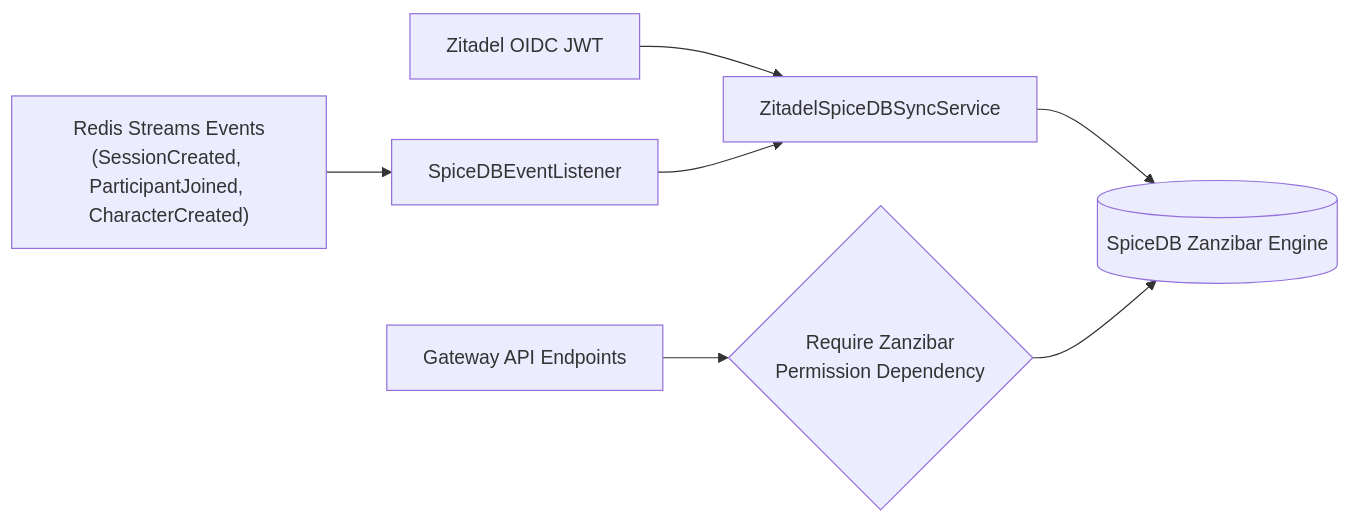
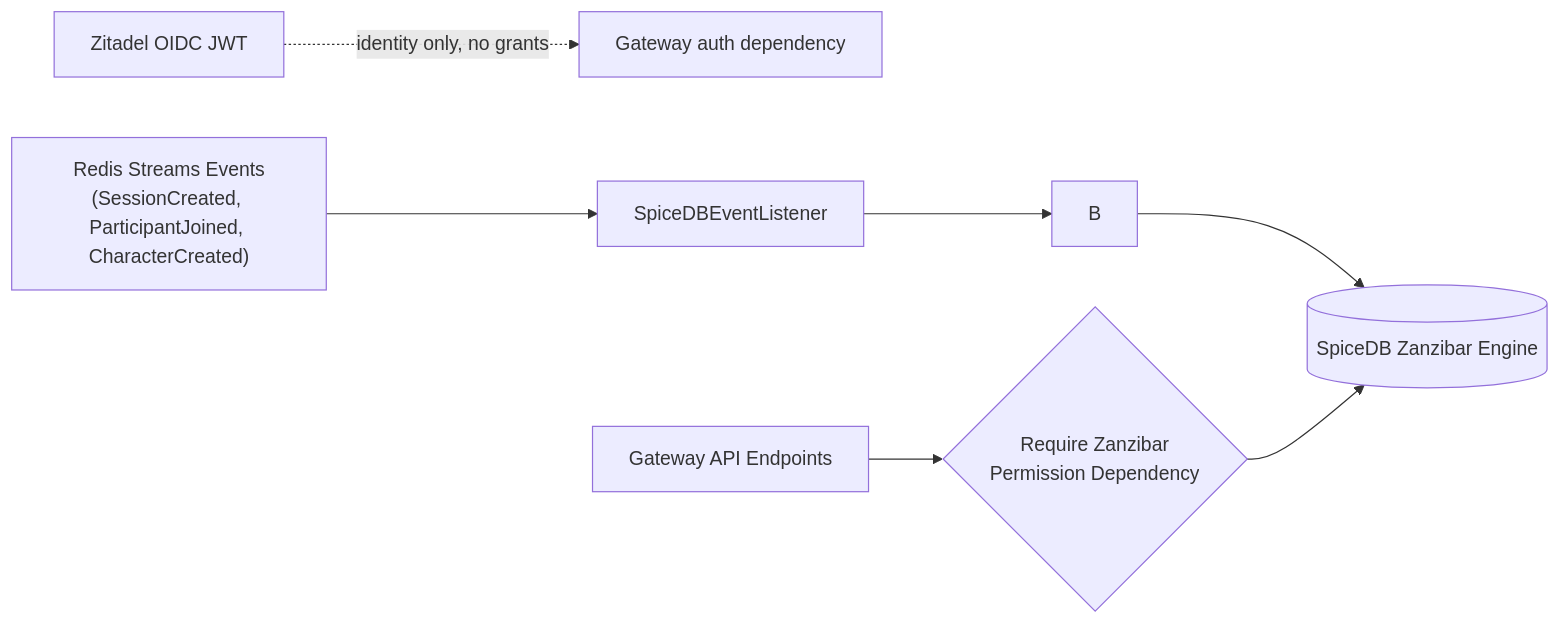
The diagram in docs/reference/spicedb-zitadel-identity-sync.md (tyevans/runefoble), drawn with Mermaid before and after one commit. The commit also changed other lines of this file and 6 other files, not shown here.

````diff
--- a/docs/reference/spicedb-zitadel-identity-sync.md
+++ b/docs/reference/spicedb-zitadel-identity-sync.md
@@ -7,9 +7,9 @@
 ```mermaid
 flowchart LR
-    A["Zitadel OIDC JWT"] --> B["ZitadelSpiceDBSyncService"]
+    A["Zitadel OIDC JWT"] -. "identity only, no grants" .-> H["Gateway auth dependency"]
     E["Redis Streams Events<br/>(SessionCreated, ParticipantJoined, CharacterCreated)"] --> D["SpiceDBEventListener"]
     D --> B
     B --> C[("SpiceDB Zanzibar Engine")]
     F["Gateway API Endpoints"] --> G{"Require Zanzibar<br/>Permission Dependency"}
     G --> C
 ```
````
